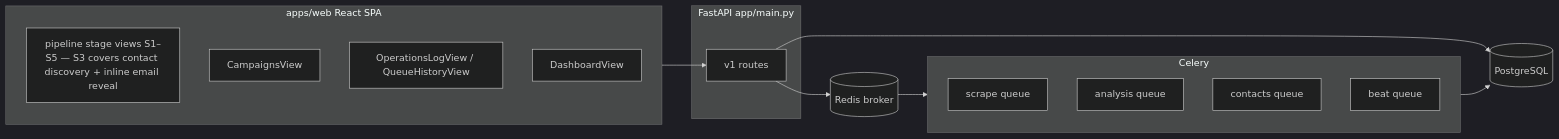
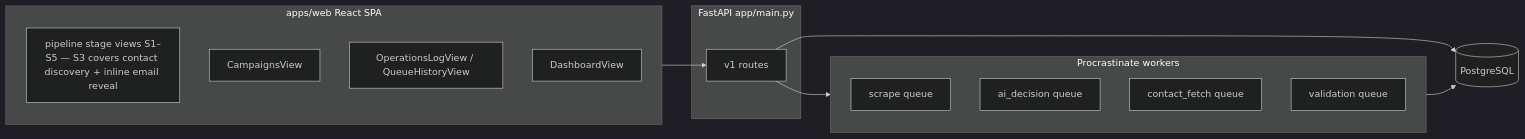
One commit to invaritech-ai/prospect-shortlisting changed the diagram in docs/repository-mental-model.md. Above: the diagram before and after it, drawn with Mermaid (dark theme). The commit also changed other lines of this file and 6 other files, not shown here.

````diff
--- a/docs/repository-mental-model.md
+++ b/docs/repository-mental-model.md
@@ -15,23 +13,22 @@
 ```mermaid
 flowchart LR
   subgraph ui [apps/web React SPA]
     Pipeline[pipeline stage views S1–S5 — S3 covers contact discovery + inline email reveal]
     Campaigns[CampaignsView]
     Ops[OperationsLogView / QueueHistoryView]
     Dash[DashboardView]
   end
   subgraph api [FastAPI app/main.py]
     Routes[v1 routes]
   end
-  subgraph workers [Celery]
+  subgraph workers [Procrastinate workers]
     scrapeQ[scrape queue]
-    analysisQ[analysis queue]
-    contactsQ[contacts queue]
-    beatQ[beat queue]
+    analysisQ[ai_decision queue]
+    contactsQ[contact_fetch queue]
+    validationQ[validation queue]
   end
   ui --> Routes
   Routes --> PG[(PostgreSQL)]
-  Routes --> Redis[(Redis broker)]
-  Redis --> workers
+  Routes --> workers
   workers --> PG
 ```
````
